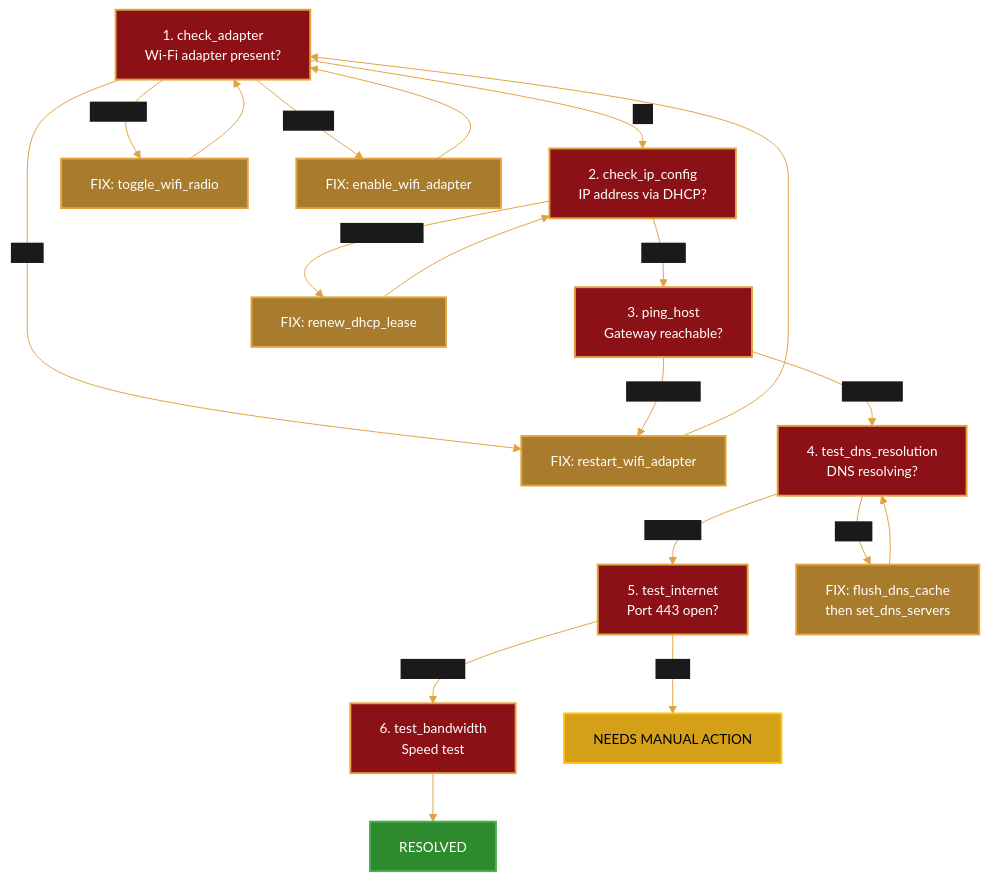
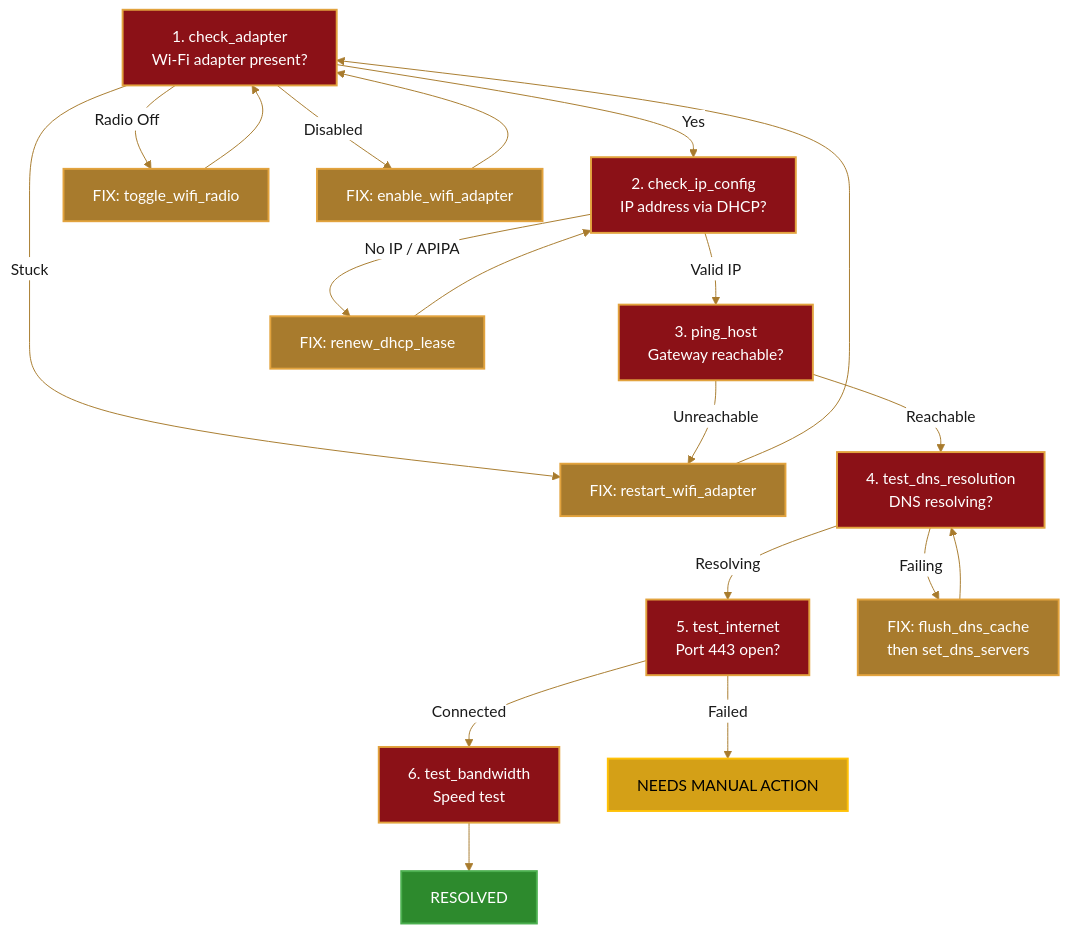
The second of 2 diagrams in docs/cpp/wifi-agent.mdx (amd/gaia), drawn with Mermaid before and after one commit. The commit also changed other lines of this file and 43 other files, not shown here.

First line of the commit message:
docs: documentation audit pass 1 — accuracy, dark-mode diagrams, persona review

````diff
--- a/docs/cpp/wifi-agent.mdx
+++ b/docs/cpp/wifi-agent.mdx
@@ -248,36 +247,36 @@
 ```mermaid
-%%{init: {'theme':'base', 'themeVariables': { 'primaryColor':'#E2A33E', 'fontSize':'14px', 'lineColor':'#E2A33E', 'primaryTextColor':'#1a1a1a', 'edgeLabelBackground':'#1a1a1a'}, 'flowchart': {'curve': 'basis'}}}%%
+%%{init: {'theme':'base', 'themeVariables': { 'primaryColor':'#E2A33E', 'primaryTextColor':'#1a1a1a', 'primaryBorderColor':'#A87B2D', 'lineColor':'#A87B2D', 'edgeLabelBackground':'#ffffff', 'fontFamily':'system-ui, -apple-system, sans-serif'}, 'flowchart': {'curve': 'basis'}}}%%
 flowchart TD
     A["1. check_adapter<br/>Wi-Fi adapter present?"] -->|Yes| B["2. check_ip_config<br/>IP address via DHCP?"]
     A -->|"Radio Off"| F4["FIX: toggle_wifi_radio"]
     A -->|"Disabled"| F5["FIX: enable_wifi_adapter"]
     A -->|"Stuck"| F1["FIX: restart_wifi_adapter"]
     B -->|Valid IP| C["3. ping_host<br/>Gateway reachable?"]
     B -->|No IP / APIPA| F2["FIX: renew_dhcp_lease"]
     C -->|Reachable| D["4. test_dns_resolution<br/>DNS resolving?"]
     C -->|Unreachable| F1
     D -->|Resolving| E["5. test_internet<br/>Port 443 open?"]
     D -->|Failing| F3["FIX: flush_dns_cache<br/>then set_dns_servers"]
     E -->|Connected| BW["6. test_bandwidth<br/>Speed test"]
     E -->|Failed| M["NEEDS MANUAL ACTION"]
     BW --> R["RESOLVED"]
     F1 --> A
     F2 --> B
     F3 --> D
     F4 --> A
     F5 --> A
 
     style A fill:#8B1117,stroke:#E2A33E,stroke-width:2px,color:#fff
     style B fill:#8B1117,stroke:#E2A33E,stroke-width:2px,color:#fff
     style C fill:#8B1117,stroke:#E2A33E,stroke-width:2px,color:#fff
     style D fill:#8B1117,stroke:#E2A33E,stroke-width:2px,color:#fff
     style E fill:#8B1117,stroke:#E2A33E,stroke-width:2px,color:#fff
     style BW fill:#8B1117,stroke:#E2A33E,stroke-width:2px,color:#fff
     style F1 fill:#A87B2D,stroke:#E2A33E,stroke-width:2px,color:#fff
     style F2 fill:#A87B2D,stroke:#E2A33E,stroke-width:2px,color:#fff
     style F3 fill:#A87B2D,stroke:#E2A33E,stroke-width:2px,color:#fff
     style F4 fill:#A87B2D,stroke:#E2A33E,stroke-width:2px,color:#fff
     style F5 fill:#A87B2D,stroke:#E2A33E,stroke-width:2px,color:#fff
     style R fill:#2d8a2d,stroke:#4CAF50,stroke-width:2px,color:#fff
     style M fill:#d4a017,stroke:#FFC107,stroke-width:2px,color:#000
 ```
````
